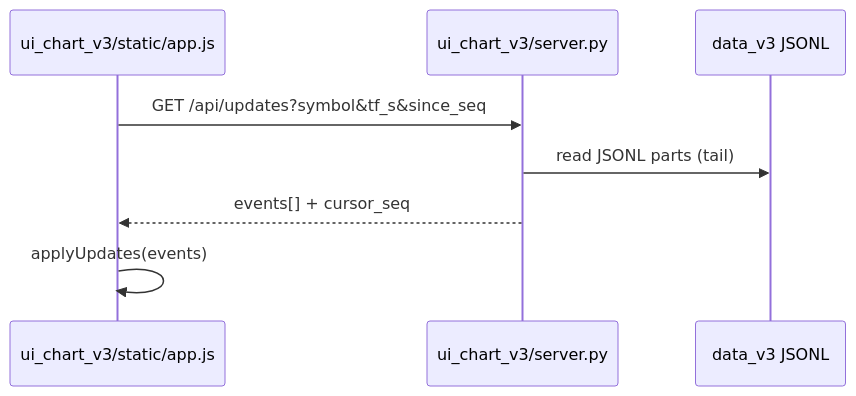
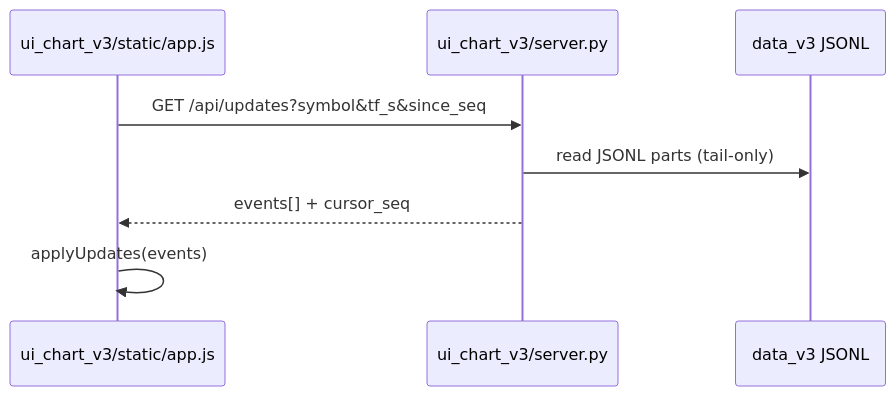
Before and after one commit to Std07-1/v3: the sixth of 7 diagrams in docs/system_current_overview.md, drawn with Mermaid. The commit also changed other lines of this file and 8 other files, not shown here.

````diff
--- a/docs/system_current_overview.md
+++ b/docs/system_current_overview.md
@@ -98,11 +98,11 @@
 ```mermaid
 sequenceDiagram
     participant UI as ui_chart_v3/static/app.js
     participant API as ui_chart_v3/server.py
     participant SSOT as data_v3 JSONL
 
     UI->>API: GET /api/updates?symbol&tf_s&since_seq
-    API->>SSOT: read JSONL parts (tail)
+    API->>SSOT: read JSONL parts (tail-only)
     API-->>UI: events[] + cursor_seq
     UI->>UI: applyUpdates(events)
 ```
````
